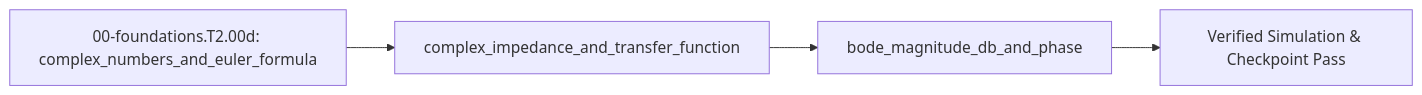
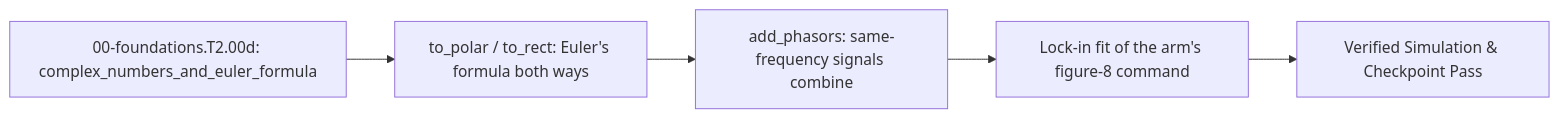
The diagram in modules/00-foundations.T2.00d.md (TLE47/Mechatronics-Roadmap), drawn with Mermaid before and after one commit. The commit also changed other lines of this file and 100 other files, not shown here.

````diff
--- a/modules/00-foundations.T2.00d.md
+++ b/modules/00-foundations.T2.00d.md
@@ -252,6 +191,7 @@
 ```mermaid
 flowchart LR
-    A["00-foundations.T2.00d: complex_numbers_and_euler_formula"] --> B["complex_impedance_and_transfer_function"]
-    B --> C["bode_magnitude_db_and_phase"]
-    C --> D["Verified Simulation & Checkpoint Pass"]
+    A["00-foundations.T2.00d: complex_numbers_and_euler_formula"] --> B["to_polar / to_rect: Euler's formula both ways"]
+    B --> C["add_phasors: same-frequency signals combine"]
+    C --> D["Lock-in fit of the arm's figure-8 command"]
+    D --> E["Verified Simulation & Checkpoint Pass"]
 ```
````
